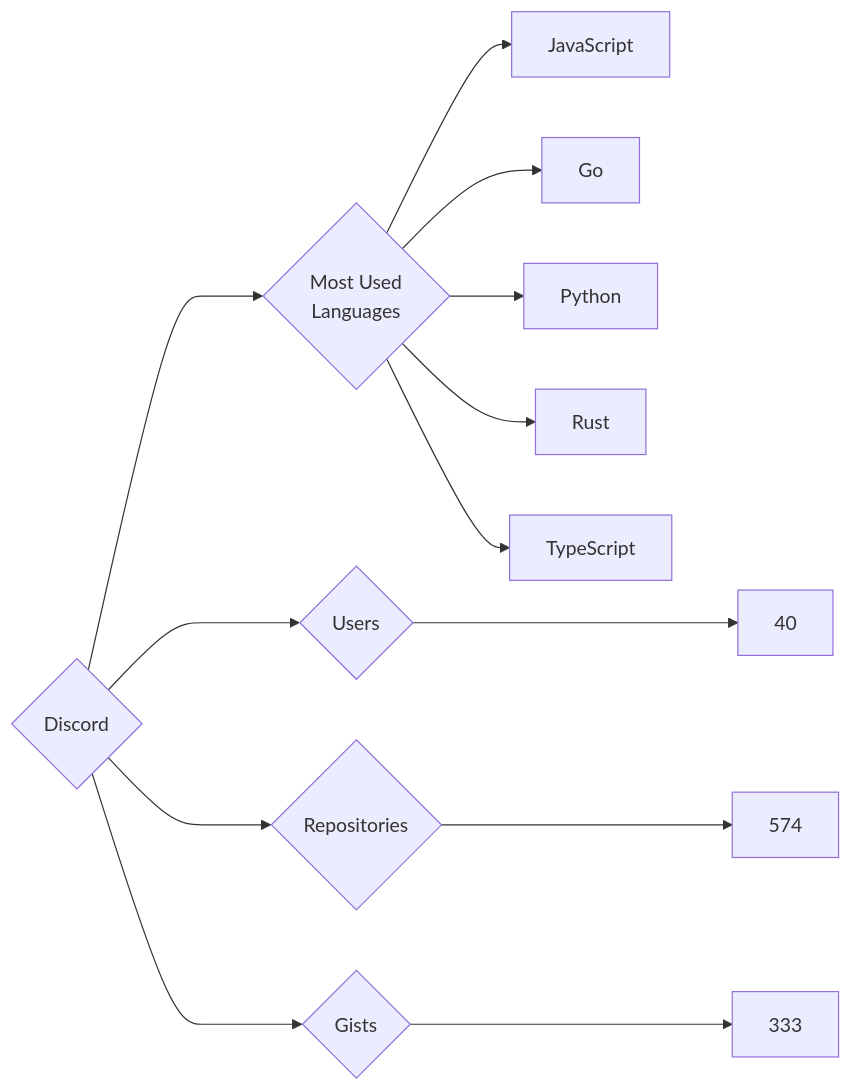
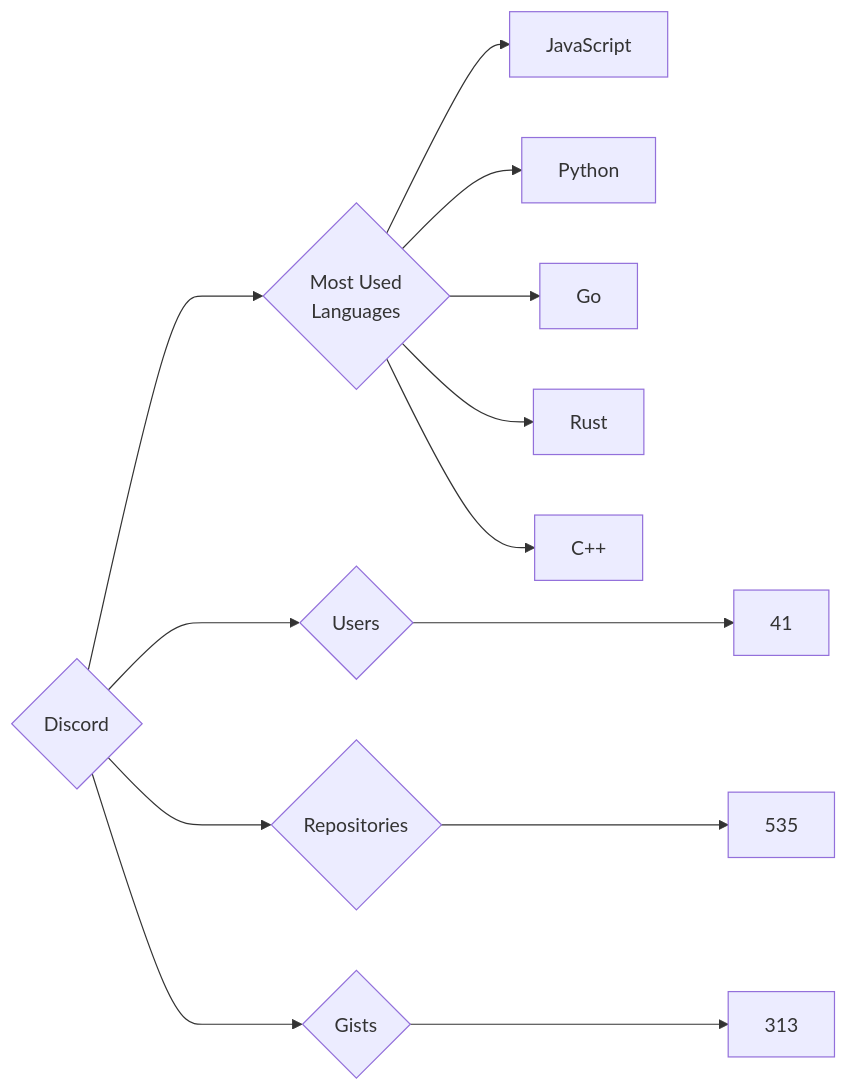
The diagram in targets/Discord/README.md (trickest/insiders), drawn with Mermaid before and after one commit. The commit also changed 1084 other files, not shown here.

````diff
--- a/targets/Discord/README.md
+++ b/targets/Discord/README.md
@@ -3,13 +3,13 @@
 ```mermaid
 graph LR
 COMPANY_NAME{Discord}
-COMPANY_NAME ---> U{Users} ---> UN[40]
-COMPANY_NAME ---> R{Repositories} ---> RN[574]
-COMPANY_NAME ---> G{Gists} ---> GN[333]
+COMPANY_NAME ---> U{Users} ---> UN[41]
+COMPANY_NAME ---> R{Repositories} ---> RN[535]
+COMPANY_NAME ---> G{Gists} ---> GN[313]
 COMPANY_NAME ---> ML{Most Used<br>Languages}
 ML --> JavaScript[JavaScript]
+ML --> Python[Python]
 ML --> Go[Go]
-ML --> Python[Python]
 ML --> Rust[Rust]
-ML --> TypeScript[TypeScript]
+ML --> C++[C++]
 ```
````
